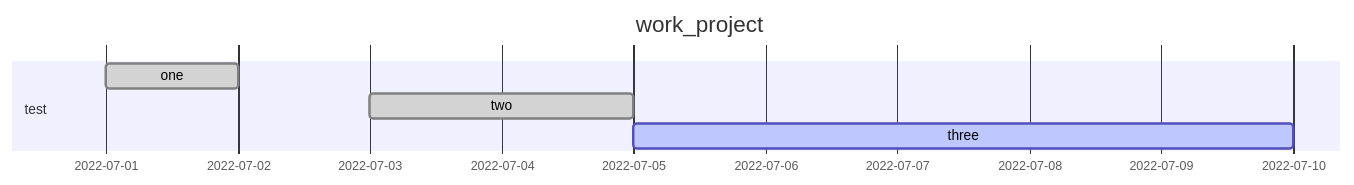
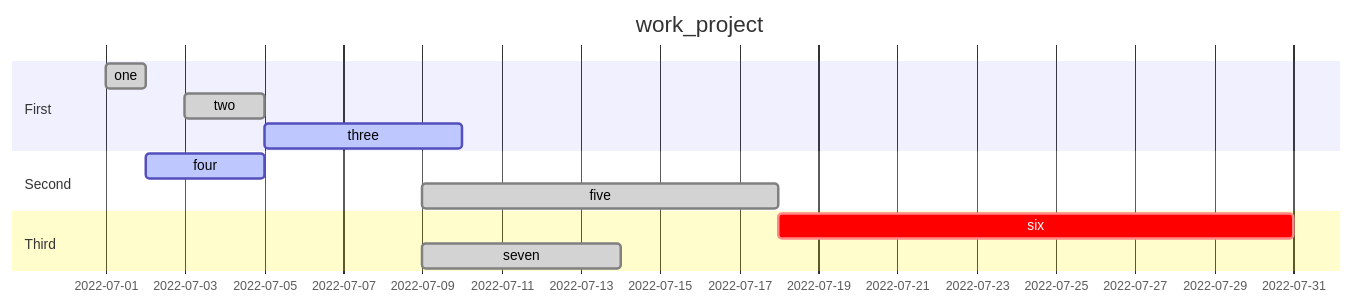
Before and after one commit to shengxi-rise/diary_book: the fourth of 4 diagrams in README.md, drawn with Mermaid.

````diff
--- a/README.md
+++ b/README.md
@@ -105,10 +105,19 @@
   ```mermaid
   gantt
   dateFormat DD
   title work_project
-  section test
+
+  section First
   one:done,do1,01,02
   two:done,do2,03,05
   three:active,do3,after do2,5d
 
+  section Second
+  four:active,do4,after do1,3d
+  five:done,do5,09,18
+
+  section Third
+  six:crit,31
+  seven:done,do6,09,14
+  
   ```
````
